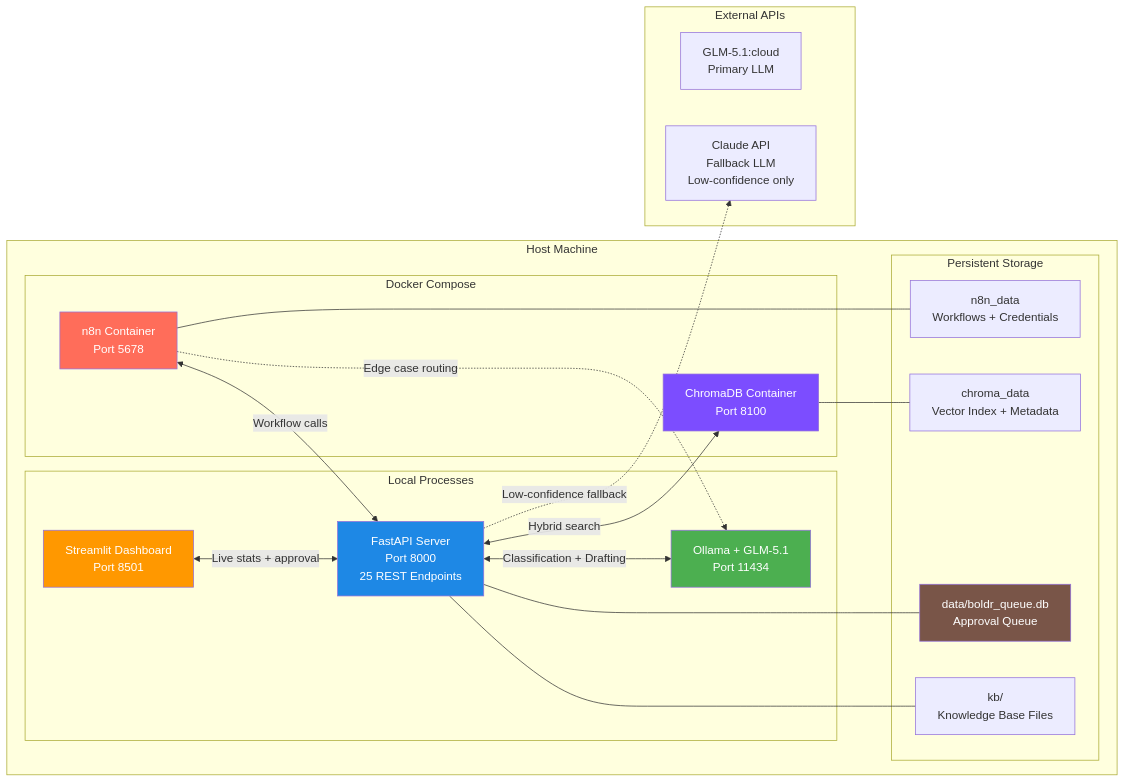
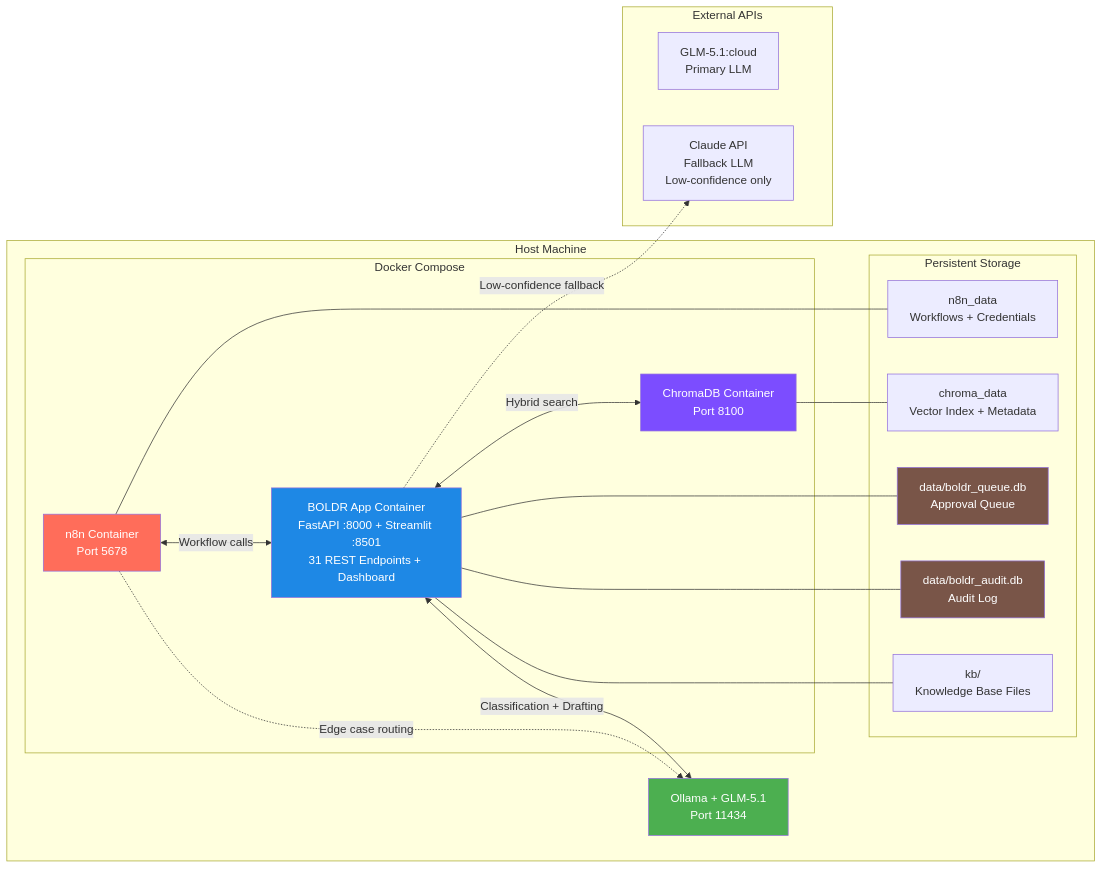
The sixth of 7 diagrams in docs/architecture.md (stevenyy88/BOLDR), drawn with Mermaid before and after one commit. The commit also changed other lines of this file and 2 other files, not shown here.

Commit message:
docs: rubric self-assessment, README and architecture updates for 31 endpoints
- Created docs/rubric_self_assessment.md: comprehensive feature-by-feature
  scoring across all 5 rubric criteria with evidence and value for judges
  - Technical Execution: 9.5/10 (31 endpoints, real channel webhooks, Docker,
    PII stripping, rate limiting, audit log)
  - SME Impact: 9/10 (real BOLDR data, quantified ROI, marketing signals)
  - Cost Efficiency: 9.5/10 (SGD 5 setup, SGD 22-57/mo, 19-49× ROI)
  - Responsible AI: 9/10 (HITL, confidence, PII stripping, audit trail)
  - Presentation Quality: 8.5/10 (Swagger, dashboard, demo script)
  - Total weighted: 9.13/10

- Updated README.md: 31 endpoints, documentation table with self-assessment link
- Updated architecture.md: 31 endpoints in API reference, Dockerised deployment
  architecture diagram with boldr_app container, two deployment modes table

Author: Steve Ng, Founder and CEO — Digital Futures Consultancy LLP (T17LL1937H) · https://DigitalFutures.Asia

````diff
--- a/docs/architecture.md
+++ b/docs/architecture.md
@@ -462,46 +462,44 @@
 ```mermaid
 graph LR
     subgraph Host Machine
         subgraph Docker Compose
+            APP[BOLDR App Container<br/>FastAPI :8000 + Streamlit :8501<br/>31 REST Endpoints + Dashboard]
             N8N[n8n Container<br/>Port 5678]
             CHROMA[ChromaDB Container<br/>Port 8100]
         end
         
-        subgraph Local Processes
-            API[FastAPI Server<br/>Port 8000<br/>25 REST Endpoints]
-            DASH[Streamlit Dashboard<br/>Port 8501]
-            OLLAMA[Ollama + GLM-5.1<br/>Port 11434]
-        end
+        OLLAMA[Ollama + GLM-5.1<br/>Port 11434]
         
         subgraph Persistent Storage
             N8N_DATA[n8n_data<br/>Workflows + Credentials]
             CHROMA_DATA[chroma_data<br/>Vector Index + Metadata]
-            SQLITE[data/boldr_queue.db<br/>Approval Queue]
+            SQLITE_QUEUE[data/boldr_queue.db<br/>Approval Queue]
+            SQLITE_AUDIT[data/boldr_audit.db<br/>Audit Log]
             KB_VOL[kb/<br/>Knowledge Base Files]
         end
     end
     
     subgraph External APIs
         GLM[GLM-5.1:cloud<br/>Primary LLM]
         CLAUDE[Claude API<br/>Fallback LLM<br/>Low-confidence only]
     end
     
+    APP --- SQLITE_QUEUE
+    APP --- SQLITE_AUDIT
+    APP --- KB_VOL
     N8N --- N8N_DATA
     CHROMA --- CHROMA_DATA
-    API --- SQLITE
-    API --- KB_VOL
     
-    N8N <-->|Workflow calls| API
-    DASH <-->|Live stats + approval| API
-    API <-->|Hybrid search| CHROMA
-    API <-->|Classification + Drafting| OLLAMA
-    API -.->|Low-confidence fallback| CLAUDE
+    N8N <-->|Workflow calls| APP
+    APP <-->|Hybrid search| CHROMA
+    APP <-->|Classification + Drafting| OLLAMA
+    APP -.->|Low-confidence fallback| CLAUDE
     N8N -.->|Edge case routing| OLLAMA
     
+    style APP fill:#1E88E5,color:#fff
     style N8N fill:#FF6D5A,color:#fff
     style CHROMA fill:#7C4DFF,color:#fff
-    style API fill:#1E88E5,color:#fff
-    style DASH fill:#FF9800,color:#fff
     style OLLAMA fill:#4CAF50,color:#fff
-    style SQLITE fill:#795548,color:#fff
+    style SQLITE_QUEUE fill:#795548,color:#fff
+    style SQLITE_AUDIT fill:#795548,color:#fff
 ```
````
